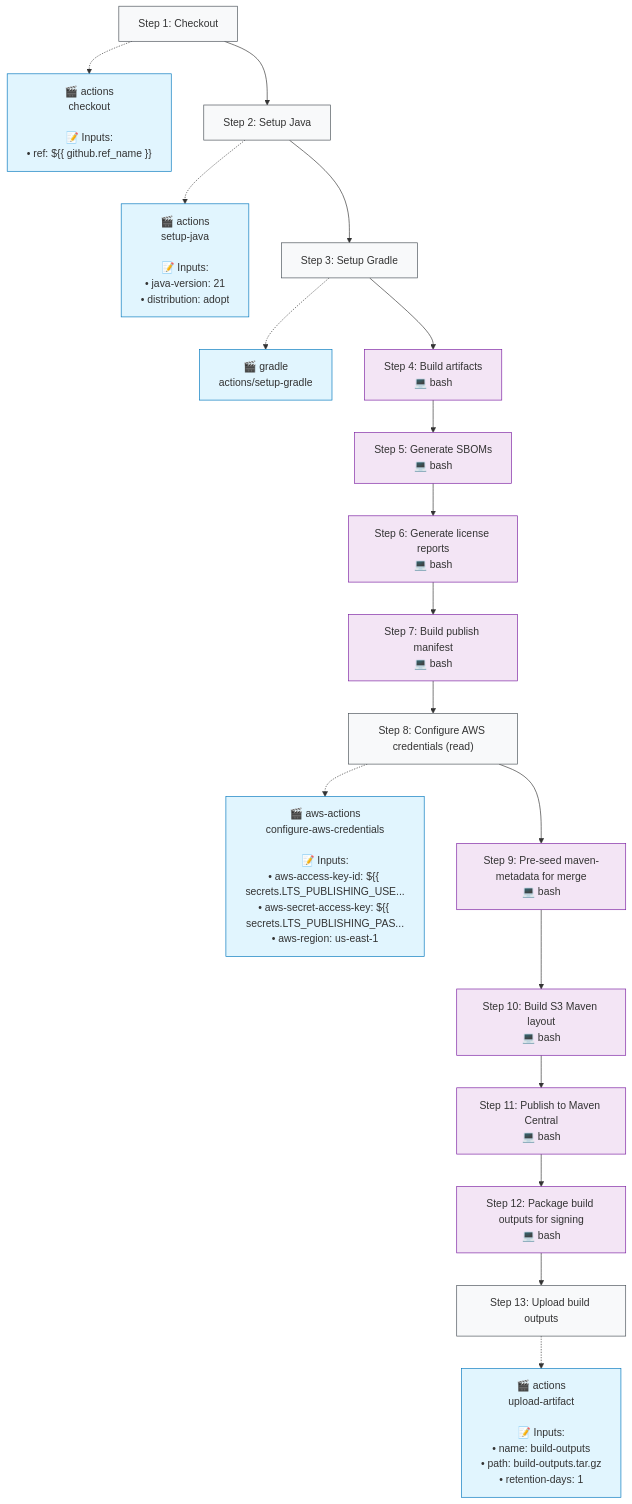
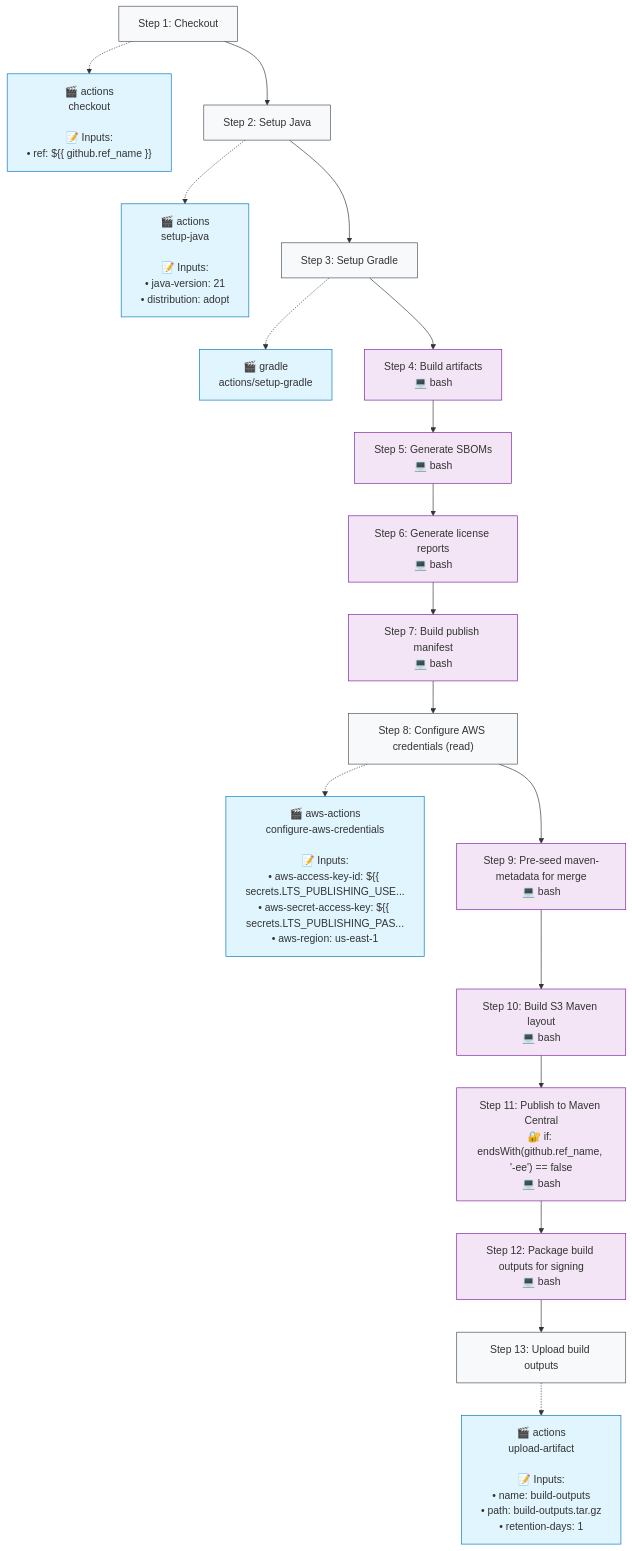
Before and after one commit to http4k/http4k: the second of 3 diagrams in .github/typeflows/publish-artifacts/README.md, drawn with Mermaid. The commit also changed 3 other files, not shown here.

Commit message:
Restrict Maven Central publishing to non-`-ee` branches and update related configurations.

````diff
--- a/.github/typeflows/publish-artifacts/README.md
+++ b/.github/typeflows/publish-artifacts/README.md
@@ -24,57 +24,57 @@
 ```mermaid
 %%{init: {"flowchart": {"curve": "basis"}}}%%
 flowchart TD
     step1["Step 1: Checkout"]
     style step1 fill:#f8f9fa,stroke:#495057
     action1["🎬 actions<br/>checkout<br/><br/>📝 Inputs:<br/>• ref: ${{ github.ref_name }}"]
     style action1 fill:#e1f5fe,stroke:#0277bd
     step1 -.-> action1
     step2["Step 2: Setup Java"]
     style step2 fill:#f8f9fa,stroke:#495057
     action2["🎬 actions<br/>setup-java<br/><br/>📝 Inputs:<br/>• java-version: 21<br/>• distribution: adopt"]
     style action2 fill:#e1f5fe,stroke:#0277bd
     step2 -.-> action2
     step1 --> step2
     step3["Step 3: Setup Gradle"]
     style step3 fill:#f8f9fa,stroke:#495057
     action3["🎬 gradle<br/>actions/setup-gradle"]
     style action3 fill:#e1f5fe,stroke:#0277bd
     step3 -.-> action3
     step2 --> step3
     step4["Step 4: Build artifacts<br/>💻 bash"]
     style step4 fill:#f3e5f5,stroke:#7b1fa2
     step3 --> step4
     step5["Step 5: Generate SBOMs<br/>💻 bash"]
     style step5 fill:#f3e5f5,stroke:#7b1fa2
     step4 --> step5
     step6["Step 6: Generate license reports<br/>💻 bash"]
     style step6 fill:#f3e5f5,stroke:#7b1fa2
     step5 --> step6
     step7["Step 7: Build publish manifest<br/>💻 bash"]
     style step7 fill:#f3e5f5,stroke:#7b1fa2
     step6 --> step7
     step8["Step 8: Configure AWS credentials (read)"]
     style step8 fill:#f8f9fa,stroke:#495057
     action8["🎬 aws-actions<br/>configure-aws-credentials<br/><br/>📝 Inputs:<br/>• aws-access-key-id: ${{ secrets.LTS_PUBLISHING_USE...<br/>• aws-secret-access-key: ${{ secrets.LTS_PUBLISHING_PAS...<br/>• aws-region: us-east-1"]
     style action8 fill:#e1f5fe,stroke:#0277bd
     step8 -.-> action8
     step7 --> step8
     step9["Step 9: Pre-seed maven-metadata for merge<br/>💻 bash"]
     style step9 fill:#f3e5f5,stroke:#7b1fa2
     step8 --> step9
     step10["Step 10: Build S3 Maven layout<br/>💻 bash"]
     style step10 fill:#f3e5f5,stroke:#7b1fa2
     step9 --> step10
-    step11["Step 11: Publish to Maven Central<br/>💻 bash"]
+    step11["Step 11: Publish to Maven Central<br/>🔐 if: endsWith(github.ref_name, '-ee') == false<br/>💻 bash"]
     style step11 fill:#f3e5f5,stroke:#7b1fa2
     step10 --> step11
     step12["Step 12: Package build outputs for signing<br/>💻 bash"]
     style step12 fill:#f3e5f5,stroke:#7b1fa2
     step11 --> step12
     step13["Step 13: Upload build outputs"]
     style step13 fill:#f8f9fa,stroke:#495057
     action13["🎬 actions<br/>upload-artifact<br/><br/>📝 Inputs:<br/>• name: build-outputs<br/>• path: build-outputs.tar.gz<br/>• retention-days: 1"]
     style action13 fill:#e1f5fe,stroke:#0277bd
     step13 -.-> action13
     step12 --> step13
 ```
````
